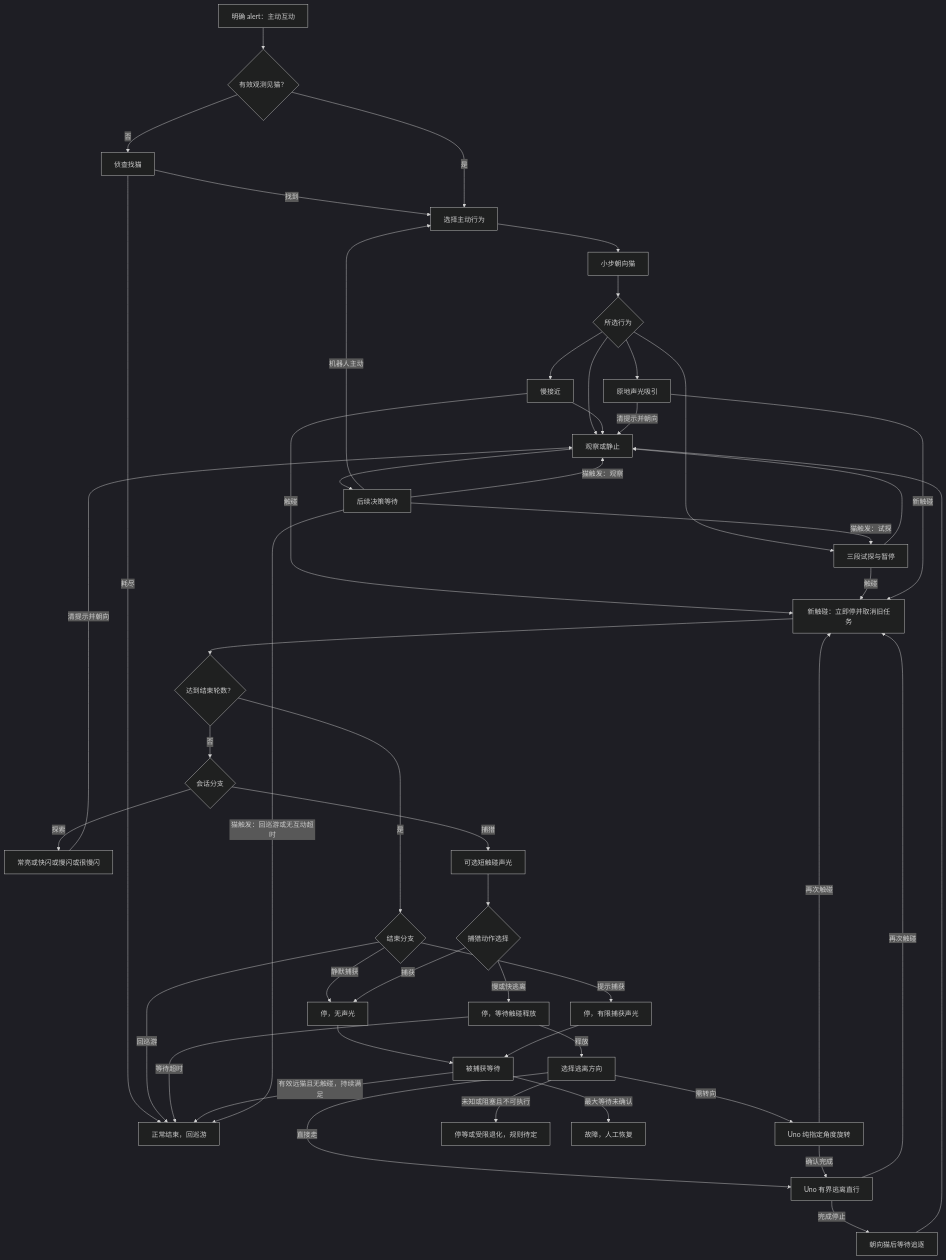
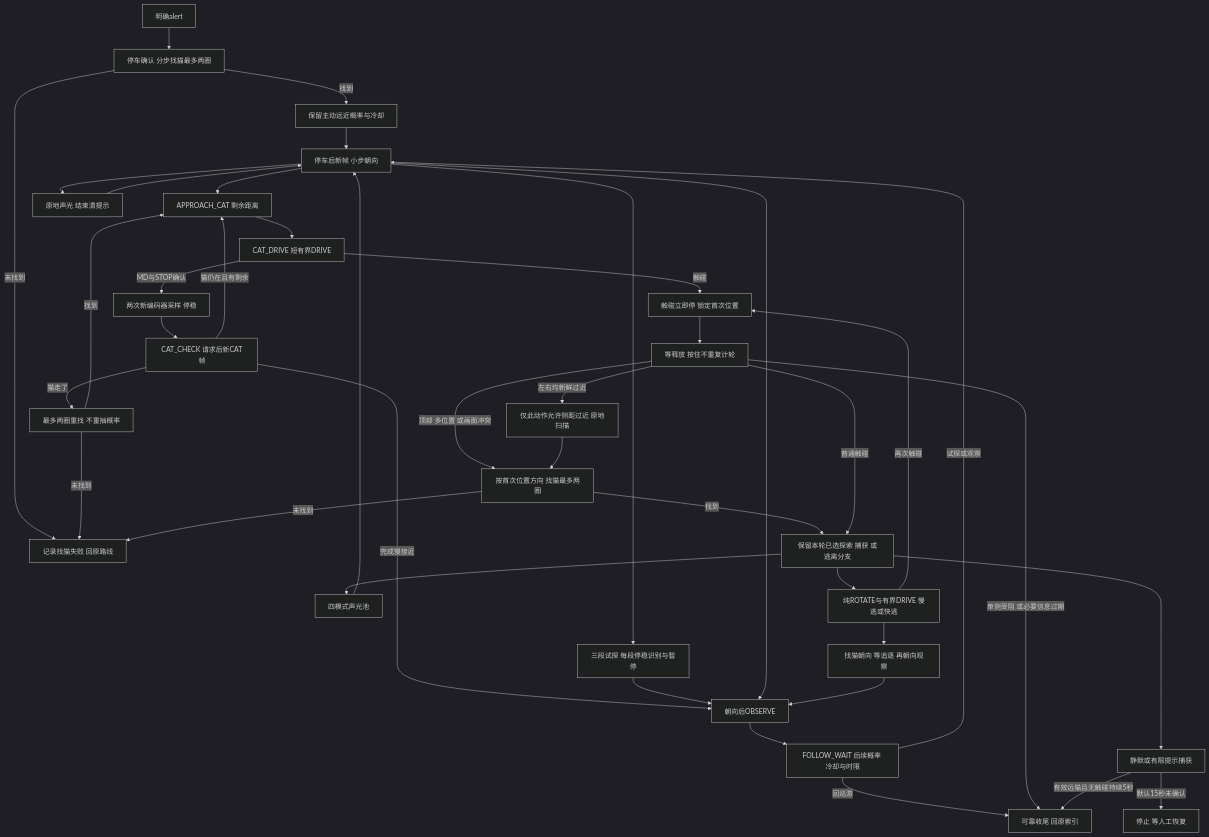
One commit to SaitoTommo/CatTeasingRobot changed the second of 4 diagrams in 机器人状态机与测试清单.md. Above: the diagram before and after it, drawn with Mermaid (dark theme). The commit also changed other lines of this file and 14 other files, not shown here.

````diff
--- a/机器人状态机与测试清单.md
+++ b/机器人状态机与测试清单.md
@@ -220,51 +212,42 @@
 ```mermaid
 flowchart TD
-  Alert[明确 alert：主动互动] --> Seen{有效观测见猫？}
-  Seen -->|否| Search[侦查找猫]
-  Search -->|找到| Choose[选择主动行为]
-  Seen -->|是| Choose
-  Search -->|耗尽| End[正常结束，回巡游]
-  Choose --> Face[小步朝向猫]
-  Face --> Action{所选行为}
-  Action --> Slow[慢接近]
-  Action --> Probe[三段试探与暂停]
-  Action --> Signal[原地声光吸引]
-  Action --> Observe[观察或静止]
-  Slow --> Observe
+  Alert[明确alert] --> Search[停车确认 分步找猫最多两圈]
+  Search -->|找到| Choice[保留主动远近概率与冷却]
+  Search -->|未找到| Failed[记录找猫失败 回原路线]
+  Choice --> Face[停车后新帧 小步朝向]
+  Face --> Slow[APPROACH_CAT 剩余距离]
+  Slow --> Drive[CAT_DRIVE 短有界DRIVE]
+  Drive -->|MD与STOP确认| Settle[两次新编码器采样 停稳]
+  Settle --> Frame[CAT_CHECK 请求后新CAT帧]
+  Frame -->|猫仍在且有剩余| Slow
+  Frame -->|猫走了| Find[最多两圈重找 不重抽概率]
+  Find -->|找到| Slow
+  Find -->|未找到| Failed
+  Frame -->|完成慢接近| Observe[朝向后OBSERVE]
+  Face --> Probe[三段试探 每段停稳识别与暂停]
   Probe --> Observe
-  Signal -->|清提示并朝向| Observe
-  Observe --> Follow[后续决策等待]
-  Follow -->|机器人主动| Choose
-  Touch[新触碰：立即停并取消旧任务] --> Rounds{达到结束轮数？}
-  Rounds -->|是| FinishChoice{结束分支}
-  FinishChoice -->|回巡游| End
-  FinishChoice -->|静默捕获| Silent[停，无声光]
-  FinishChoice -->|提示捕获| Cue[停，有限捕获声光]
-  Rounds -->|否| Branch{会话分支}
-  Branch -->|探索| Explore[常亮或快闪或慢闪或很慢闪]
-  Explore -->|清提示并朝向| Observe
-  Branch -->|捕猎| Optional[可选短触碰声光]
-  Optional --> Hunt{捕猎动作选择}
-  Hunt -->|捕获| Silent
-  Hunt -->|慢或快逃离| Release[停，等待触碰释放]
-  Release -->|释放| Plan[选择逃离方向]
-  Release -->|等待超时| End
-  Plan -->|需转向| Turn[Uno 纯指定角度旋转]
-  Plan -->|直接走| Run[Uno 有界逃离直行]
-  Plan -->|未知或阻塞且不可执行| Blocked[停等或受限退化，规则待定]
-  Turn -->|确认完成| Run
-  Run -->|完成停止| Chase[朝向猫后等待追逐]
+  Face --> Signal[原地声光 结束清提示]
+  Signal --> Face
+  Face --> Observe
+  Observe --> Follow[FOLLOW_WAIT 后续概率 冷却与时限]
+  Follow -->|试探或观察| Face
+  Follow -->|回巡游| End[可靠收尾 回原索引]
+  Touch[触碰立即停 锁定首次位置] --> Release[等释放 按住不重复计轮]
+  Release -->|顶部 多位置 或画面冲突| TouchSearch[按首次位置方向 找猫最多两圈]
+  Release -->|左右均新鲜过近| Both[仅此动作允许侧距过近 原地扫描]
+  Both --> TouchSearch
+  Release -->|单侧受阻 或必要信息过期| End
+  TouchSearch -->|找到| Selected[保留本轮已选探索 捕获 或逃离分支]
+  TouchSearch -->|未找到| Failed
+  Release -->|普通触碰| Selected
+  Selected --> Explore[四模式声光池]
+  Explore --> Face
+  Selected --> Run[纯ROTATE与有界DRIVE 慢逃或快逃]
+  Run --> Chase[找猫朝向 等追逐 再朝向观察]
   Chase --> Observe
-  Turn -->|再次触碰| Touch
+  Selected --> Prey[静默或有限提示捕获]
+  Prey -->|有效远猫且无触碰持续5秒| End
+  Prey -->|默认15秒未确认| Fault[停止 等人工恢复]
   Run -->|再次触碰| Touch
-  Silent --> Captured[被捕获等待]
-  Cue --> Captured
-  Captured -->|有效远猫且无触碰，持续满足| End
-  Captured -->|最大等待未确认| Fault[故障，人工恢复]
-  Follow -->|猫触发：试探| Probe
-  Follow -->|猫触发：观察| Observe
-  Follow -->|猫触发：回巡游或无互动超时| End
-  Slow -->|触碰| Touch
-  Probe -->|触碰| Touch
-  Signal -->|新触碰| Touch
+  Drive -->|触碰| Touch
 ```
````
